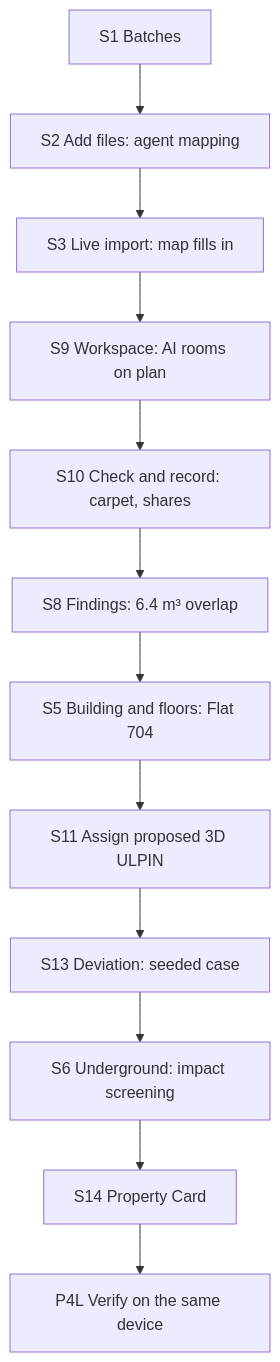
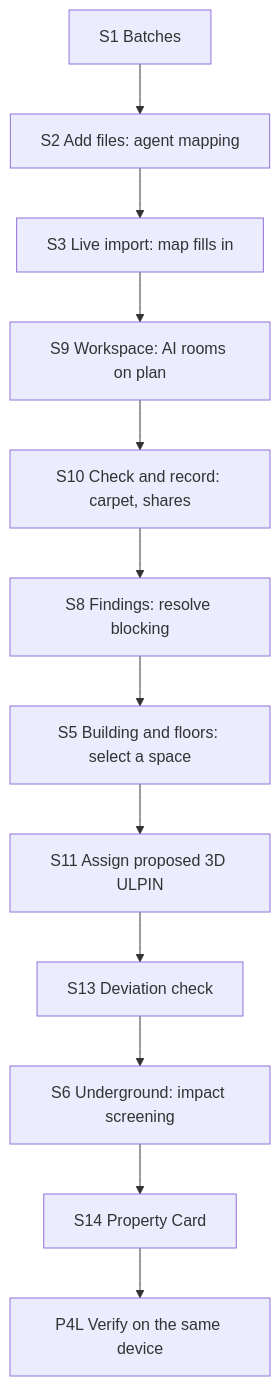
Before and after one commit to Vinayak1337/3d-ulpin: the second of 2 diagrams in docs/design-system/ui-brief.md, drawn with Mermaid. The commit also changed other lines of this file and 12 other files, not shown here.

````diff
--- a/docs/design-system/ui-brief.md
+++ b/docs/design-system/ui-brief.md
@@ -163,14 +142,14 @@
 ```mermaid
 flowchart TD
     A[S1 Batches] --> B[S2 Add files: agent mapping]
     B --> C[S3 Live import: map fills in]
     C --> D[S9 Workspace: AI rooms on plan]
     D --> E[S10 Check and record: carpet, shares]
-    E --> F[S8 Findings: 6.4 m³ overlap]
-    F --> G[S5 Building and floors: Flat 704]
+    E --> F[S8 Findings: resolve blocking]
+    F --> G[S5 Building and floors: select a space]
     G --> H[S11 Assign proposed 3D ULPIN]
-    H --> I[S13 Deviation: seeded case]
+    H --> I[S13 Deviation check]
     I --> J[S6 Underground: impact screening]
     J --> K[S14 Property Card]
     K --> L[P4L Verify on the same device]
 ```
````
